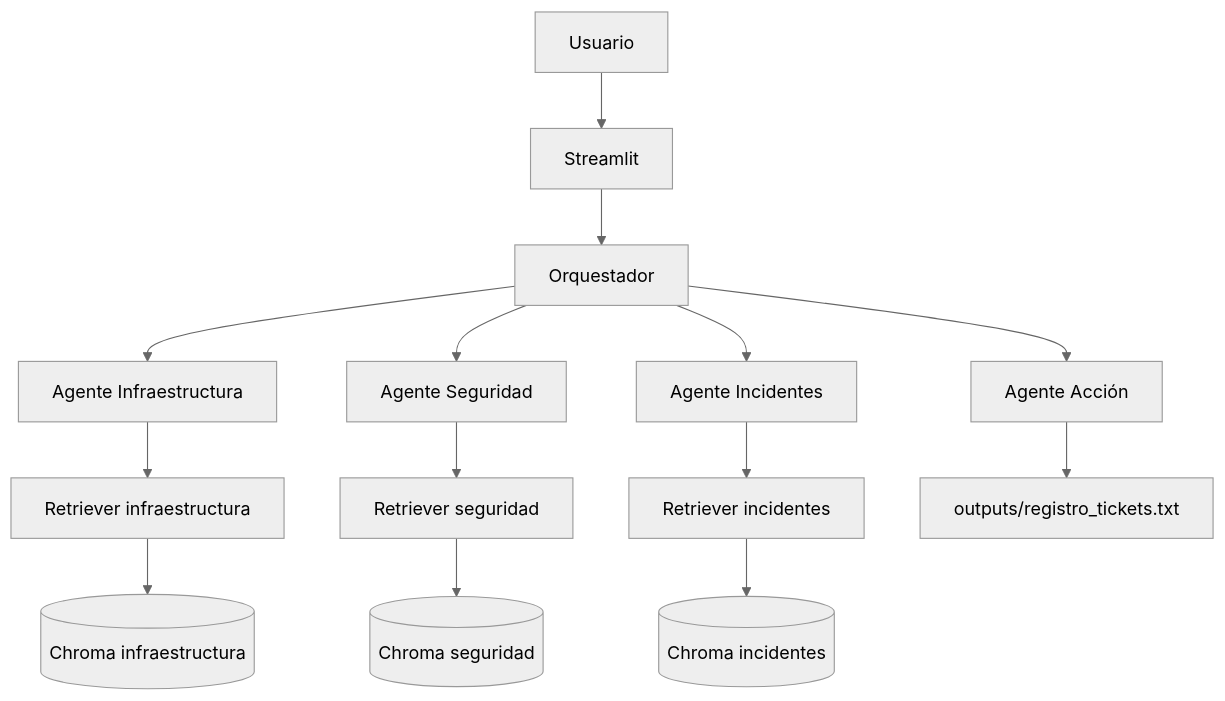
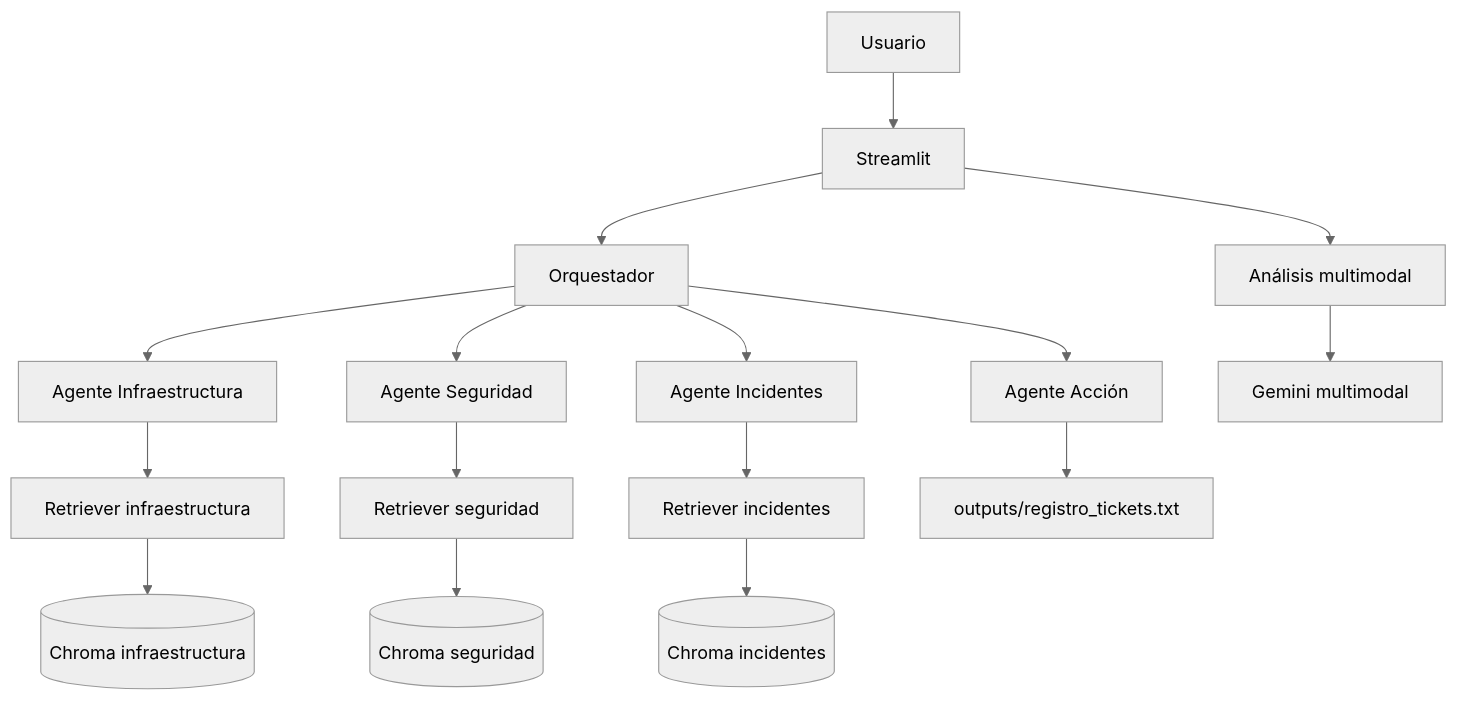
The first of 4 diagrams in docs/arquitectura.md (keyferv/Patito-SA), drawn with Mermaid (neutral theme) before and after one commit. The commit also changed other lines of this file and 1 other file, not shown here.

Commit message:
docs: include multimodal architecture flow

````diff
--- a/docs/arquitectura.md
+++ b/docs/arquitectura.md
@@ -7,16 +7,18 @@
 ```mermaid
 flowchart TD
     U[Usuario] --> UI[Streamlit]
     UI --> O[Orquestador]
+    UI --> M[Análisis multimodal]
     O --> IA[Agente Infraestructura]
     O --> SA[Agente Seguridad]
     O --> GA[Agente Incidentes]
     O --> TA[Agente Acción]
+    M --> GeminiV[Gemini multimodal]
     IA --> IR[Retriever infraestructura]
     SA --> SR[Retriever seguridad]
     GA --> GR[Retriever incidentes]
     IR --> IV[(Chroma infraestructura)]
     SR --> SV[(Chroma seguridad)]
     GR --> GV[(Chroma incidentes)]
     TA --> OUT[outputs/registro_tickets.txt]
 ```
````
